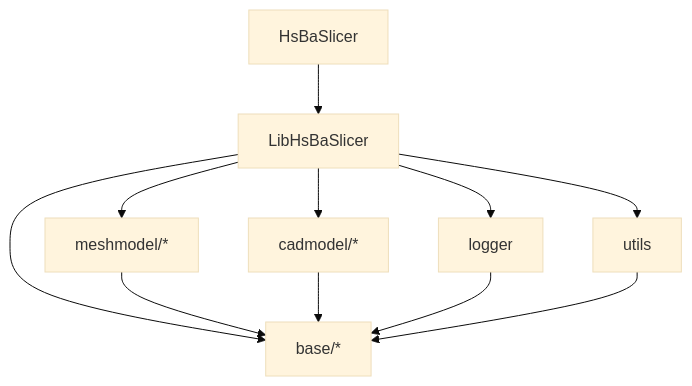
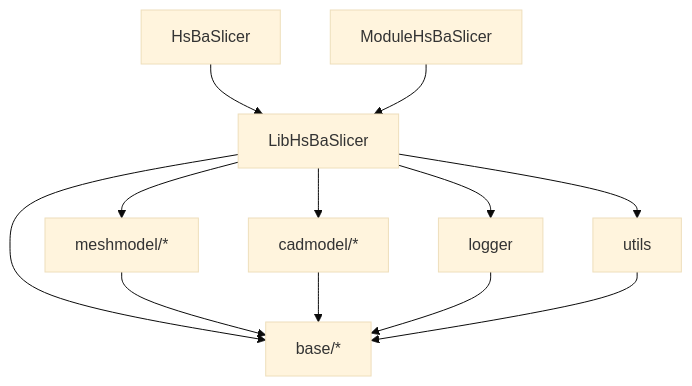
Before and after one commit to hsmbanlance/HsBaSlicer: the eighth of 8 diagrams in .qoder/repowiki/en/content/Core Architecture/Core Architecture.md, drawn with Mermaid (base theme). The commit also changed other lines of this file and 19 other files, not shown here.

````diff
--- a/.qoder/repowiki/en/content/Core Architecture/Core Architecture.md
+++ b/.qoder/repowiki/en/content/Core Architecture/Core Architecture.md
@@ -307,13 +436,14 @@
 ```mermaid
 graph TD
 HsBaSlicer[HsBaSlicer] --> LibHsBaSlicer[LibHsBaSlicer]
+ModuleHsBaSlicer[ModuleHsBaSlicer] --> LibHsBaSlicer
 LibHsBaSlicer --> meshmodel[meshmodel/*]
 LibHsBaSlicer --> cadmodel[cadmodel/*]
 LibHsBaSlicer --> base[base/*]
 LibHsBaSlicer --> logger[logger]
 LibHsBaSlicer --> utils[utils]
 meshmodel --> base
 cadmodel --> base
 logger --> base
 utils --> base
 ```
````
